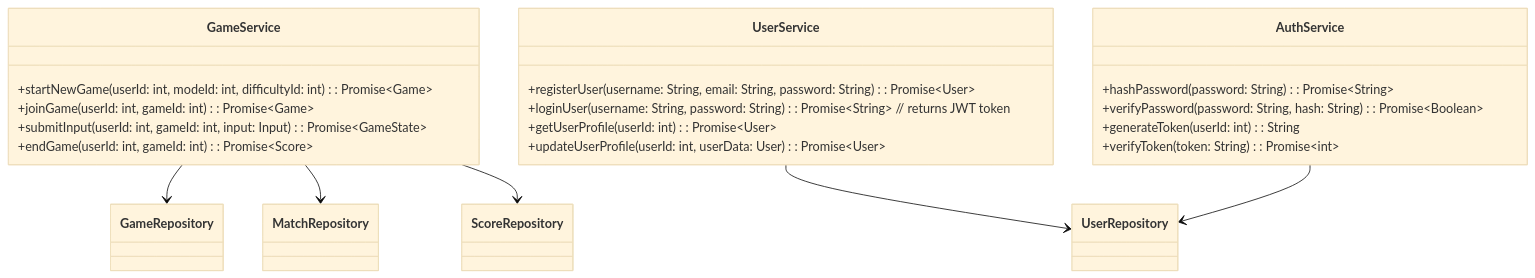
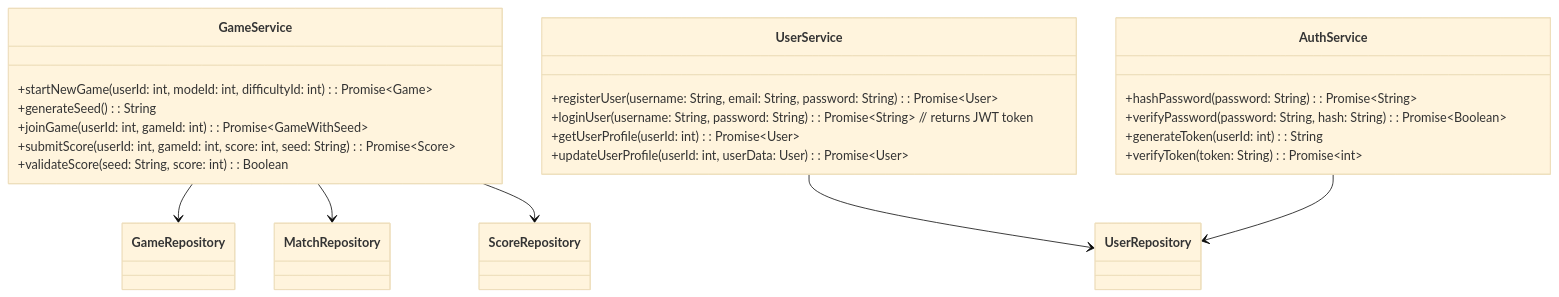
Before and after one commit to GitDevla/infinite-simon: the fifth of 6 diagrams in docs/system-design.md, drawn with Mermaid (base theme). The commit also changed other lines of this file and 2 other files, not shown here.

````diff
--- a/docs/system-design.md
+++ b/docs/system-design.md
@@ -225,29 +223,30 @@
 ```mermaid
 classDiagram
     class GameService {
         +startNewGame(userId: int, modeId: int, difficultyId: int): Promise~Game~
-        +joinGame(userId: int, gameId: int): Promise~Game~
-        +submitInput(userId: int, gameId: int, input: Input): Promise~GameState~
-        +endGame(userId: int, gameId: int): Promise~Score~
+        +generateSeed(): String
+        +joinGame(userId: int, gameId: int): Promise~GameWithSeed~
+        +submitScore(userId: int, gameId: int, score: int, seed: String): Promise~Score~
+        +validateScore(seed: String, score: int): Boolean
     }   
 
     class UserService {
         +registerUser(username: String, email: String, password: String): Promise~User~
         +loginUser(username: String, password: String): Promise~String~ // returns JWT token
         +getUserProfile(userId: int): Promise~User~
         +updateUserProfile(userId: int, userData: User): Promise~User~
     }   
 
     class AuthService {
         +hashPassword(password: String): Promise~String~
         +verifyPassword(password: String, hash: String): Promise~Boolean~
         +generateToken(userId: int): String
         +verifyToken(token: String): Promise~int~
     }
 
     GameService --> GameRepository
     GameService --> MatchRepository
     GameService --> ScoreRepository
     UserService --> UserRepository
     AuthService --> UserRepository
 ```
````
